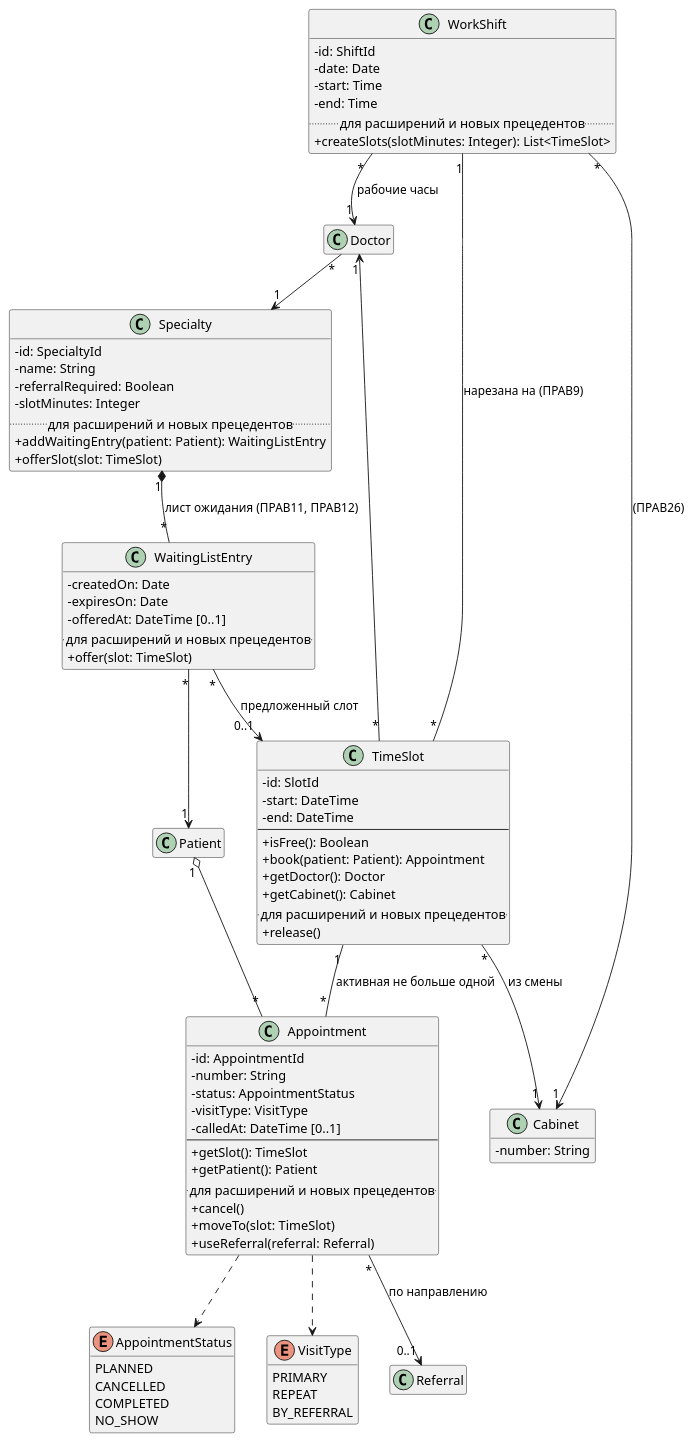
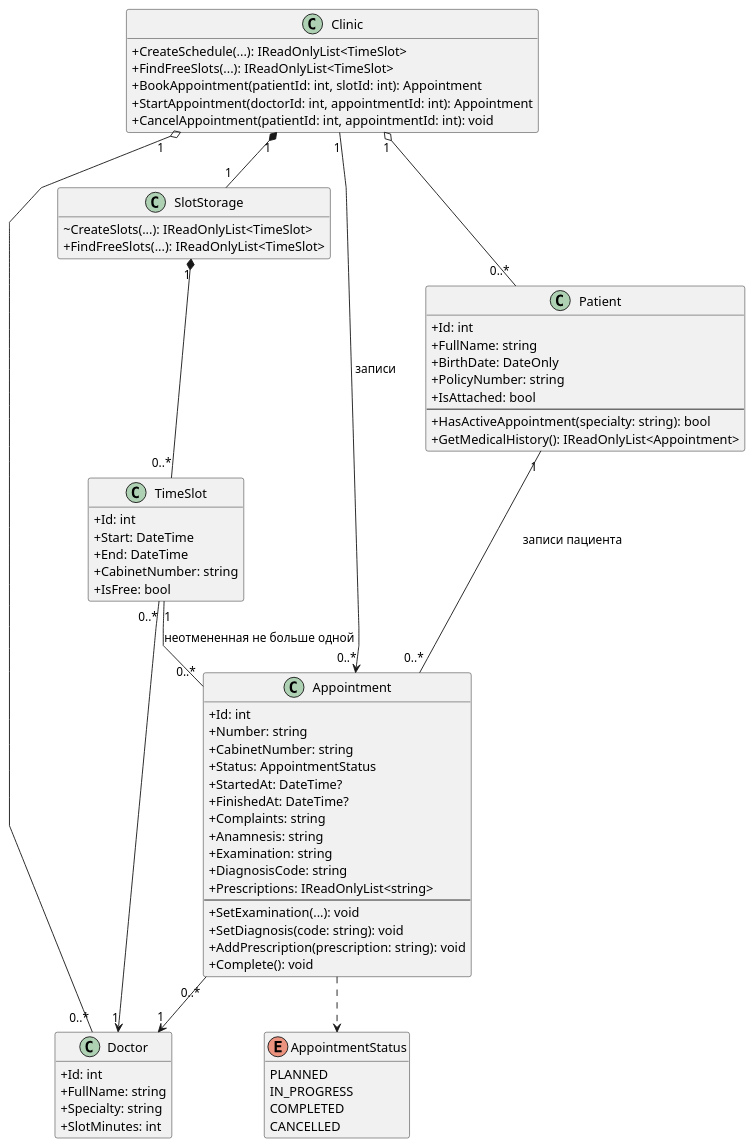
The diagram in Диаграмма классов.md (penamarth/bsbo-11-24_team3_var3_clinic), drawn with PlantUML before and after one commit. The commit also changed other lines of this file and 1 other file, not shown here.

Commit message:
docs: сокращение диаграммы классов под прототип C#

````diff
--- a/Диаграмма классов.md
+++ b/Диаграмма классов.md
@@ -297,90 +7,84 @@
 ```plantuml
-@startuml classes-scheduling
+@startuml classes-all
 skinparam classAttributeIconSize 0
+skinparam linetype polyline
 hide empty members
 
-class Doctor
-class Cabinet {
-  - number: String
+class Clinic {
+  + CreateSchedule(...): IReadOnlyList<TimeSlot>
+  + FindFreeSlots(...): IReadOnlyList<TimeSlot>
+  + BookAppointment(patientId: int, slotId: int): Appointment
+  + StartAppointment(doctorId: int, appointmentId: int): Appointment
+  + CancelAppointment(patientId: int, appointmentId: int): void
 }
-class WorkShift {
-  - id: ShiftId
-  - date: Date
-  - start: Time
-  - end: Time
-  .. для расширений и новых прецедентов ..
-  + createSlots(slotMinutes: Integer): List<TimeSlot>
+
+class Patient {
+  + Id: int
+  + FullName: string
+  + BirthDate: DateOnly
+  + PolicyNumber: string
+  + IsAttached: bool
+  --
+  + HasActiveAppointment(specialty: string): bool
+  + GetMedicalHistory(): IReadOnlyList<Appointment>
 }
+
+class Doctor {
+  + Id: int
+  + FullName: string
+  + Specialty: string
+  + SlotMinutes: int
+}
+
+class SlotStorage {
+  ~ CreateSlots(...): IReadOnlyList<TimeSlot>
+  + FindFreeSlots(...): IReadOnlyList<TimeSlot>
+}
+
 class TimeSlot {
-  - id: SlotId
-  - start: DateTime
-  - end: DateTime
+  + Id: int
+  + Start: DateTime
+  + End: DateTime
+  + CabinetNumber: string
+  + IsFree: bool
+}
+
+class Appointment {
+  + Id: int
+  + Number: string
+  + CabinetNumber: string
+  + Status: AppointmentStatus
+  + StartedAt: DateTime?
+  + FinishedAt: DateTime?
+  + Complaints: string
+  + Anamnesis: string
+  + Examination: string
+  + DiagnosisCode: string
+  + Prescriptions: IReadOnlyList<string>
   --
-  + isFree(): Boolean
-  + book(patient: Patient): Appointment
-  + getDoctor(): Doctor
-  + getCabinet(): Cabinet
-  .. для расширений и новых прецедентов ..
-  + release()
+  + SetExamination(...): void
+  + SetDiagnosis(code: string): void
+  + AddPrescription(prescription: string): void
+  + Complete(): void
 }
-class Appointment {
-  - id: AppointmentId
-  - number: String
-  - status: AppointmentStatus
-  - visitType: VisitType
-  - calledAt: DateTime [0..1]
-  --
-  + getSlot(): TimeSlot
-  + getPatient(): Patient
-  .. для расширений и новых прецедентов ..
-  + cancel()
-  + moveTo(slot: TimeSlot)
-  + useReferral(referral: Referral)
-}
+
 enum AppointmentStatus {
   PLANNED
+  IN_PROGRESS
+  COMPLETED
   CANCELLED
-  COMPLETED
-  NO_SHOW
 }
-enum VisitType {
-  PRIMARY
-  REPEAT
-  BY_REFERRAL
-}
-class Specialty {
-  - id: SpecialtyId
-  - name: String
-  - referralRequired: Boolean
-  - slotMinutes: Integer
-  .. для расширений и новых прецедентов ..
-  + addWaitingEntry(patient: Patient): WaitingListEntry
-  + offerSlot(slot: TimeSlot)
-}
-class WaitingListEntry {
-  - createdOn: Date
-  - expiresOn: Date
-  - offeredAt: DateTime [0..1]
-  .. для расширений и новых прецедентов ..
-  + offer(slot: TimeSlot)
-}
-class Patient
-class Referral
 
-WorkShift "*" --> "1" Doctor : рабочие часы
-WorkShift "*" --> "1" Cabinet : (ПРАВ26)
-WorkShift "1" -- "*" TimeSlot : нарезана на (ПРАВ9)
-TimeSlot "*" --> "1" Doctor
-TimeSlot "*" --> "1" Cabinet : из смены
-TimeSlot "1" -- "*" Appointment : активная не больше одной
-Patient "1" o-- "*" Appointment
-Appointment "*" --> "0..1" Referral : по направлению
+Clinic "1" *-- "1" SlotStorage
+Clinic "1" o-- "0..*" Patient
+Clinic "1" o-- "0..*" Doctor
+Clinic "1" --> "0..*" Appointment : записи
+SlotStorage "1" *-- "0..*" TimeSlot
+Patient "1" -- "0..*" Appointment : записи пациента
+TimeSlot "0..*" --> "1" Doctor
+Appointment "0..*" --> "1" Doctor
+TimeSlot "1" -- "0..*" Appointment : неотмененная не больше одной
 Appointment ..> AppointmentStatus
-Appointment ..> VisitType
-Doctor "*" --> "1" Specialty
-Specialty "1" *-- "*" WaitingListEntry : лист ожидания (ПРАВ11, ПРАВ12)
-WaitingListEntry "*" --> "1" Patient
-WaitingListEntry "*" --> "0..1" TimeSlot : предложенный слот
 
 @enduml
 ```
````
